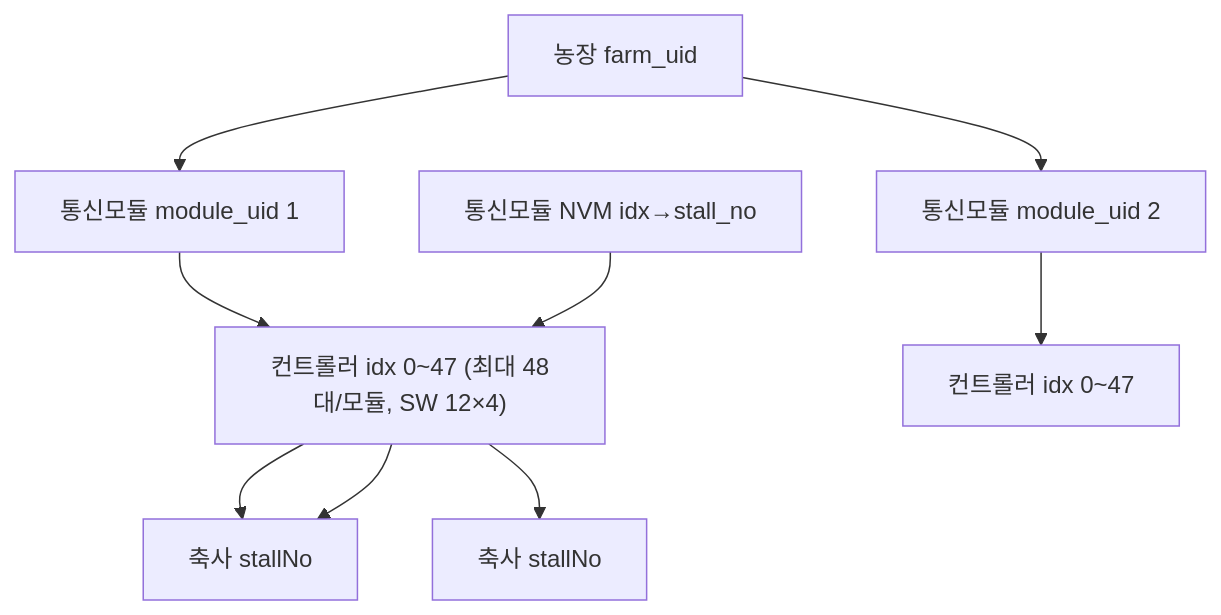
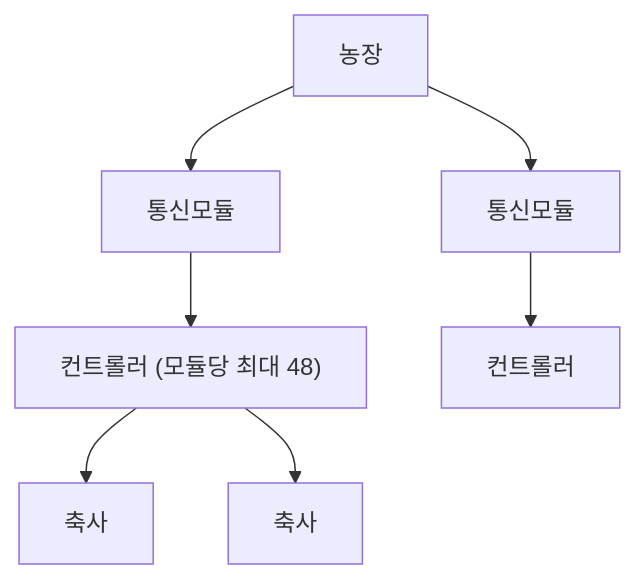
The diagram in web/docs/PROJECT_CONTEXT.md (SIJackLee/dashboard), drawn with Mermaid before and after one commit. The commit also changed other lines of this file and 6 other files, not shown here.

First line of the commit message:
docs(web): add chart/ARIA user-manual and refresh LIVE context

````diff
--- a/web/docs/PROJECT_CONTEXT.md
+++ b/web/docs/PROJECT_CONTEXT.md
@@ -73,11 +60,9 @@
 ```mermaid
 flowchart TB
-  F[농장 farm_uid] --> M1[통신모듈 module_uid 1]
-  F --> M2[통신모듈 module_uid 2]
-  M1 --> C1["컨트롤러 idx 0~47 (최대 48대/모듈, SW 12×4)"]
-  M2 --> C2["컨트롤러 idx 0~47"]
-  NVM[통신모듈 NVM idx→stall_no] --> C1
-  C1 --> S1[축사 stallNo]
-  C1 --> S1
-  C1 --> S2[축사 stallNo]
+  F[농장] --> M1[통신모듈]
+  F --> M2[통신모듈]
+  M1 --> C1["컨트롤러 (모듈당 최대 48)"]
+  M2 --> C2["컨트롤러"]
+  C1 --> S1[축사]
+  C1 --> S2[축사]
 ```
````
